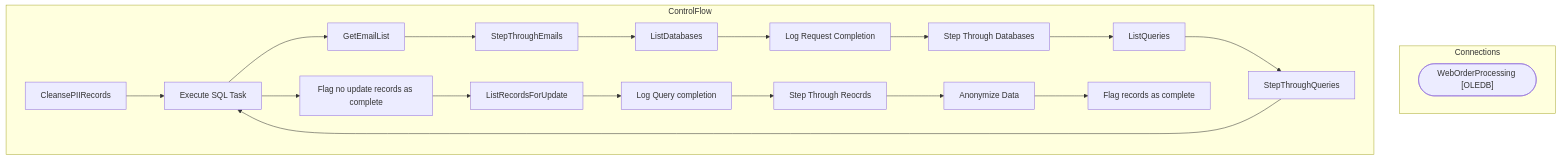
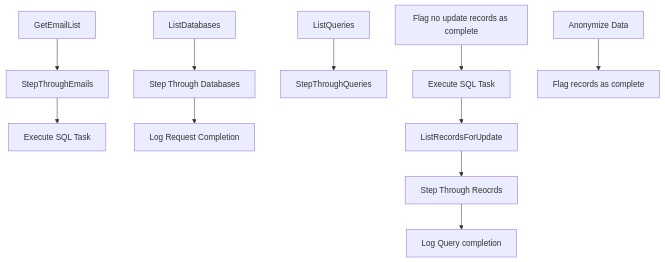
One commit to juanandresbrain/BABSkills changed the diagram in bab-docs-explorer/Documentation/STL-SSIS-P-01/SSIS/ForgetMe/RetrieveData.CleansePIIRecords.md. Above: the diagram before and after it, drawn with Mermaid. The commit also changed other lines of this file and 273 other files, not shown here.

````diff
--- a/bab-docs-explorer/Documentation/STL-SSIS-P-01/SSIS/ForgetMe/RetrieveData.CleansePIIRecords.md
+++ b/bab-docs-explorer/Documentation/STL-SSIS-P-01/SSIS/ForgetMe/RetrieveData.CleansePIIRecords.md
@@ -9,39 +56,28 @@
 ```mermaid
 flowchart TD
-    subgraph Connections
-        WebOrderProcessing_conn(["WebOrderProcessing [OLEDB]"])
-    end
-    subgraph ControlFlow
-        CleansePIIRecords_task["CleansePIIRecords"]
-        Execute_SQL_Task_task["Execute SQL Task"]
-        CleansePIIRecords_task --> Execute_SQL_Task_task
-        GetEmailList_task["GetEmailList"]
-        Execute_SQL_Task_task --> GetEmailList_task
-        StepThroughEmails_task["StepThroughEmails"]
-        GetEmailList_task --> StepThroughEmails_task
-        ListDatabases_task["ListDatabases"]
-        StepThroughEmails_task --> ListDatabases_task
-        Log_Request_Completion_task["Log Request Completion"]
-        ListDatabases_task --> Log_Request_Completion_task
-        Step_Through_Databases_task["Step Through Databases"]
-        Log_Request_Completion_task --> Step_Through_Databases_task
-        ListQueries_task["ListQueries"]
-        Step_Through_Databases_task --> ListQueries_task
-        StepThroughQueries_task["StepThroughQueries"]
-        ListQueries_task --> StepThroughQueries_task
-        Execute_SQL_Task_task["Execute SQL Task"]
-        StepThroughQueries_task --> Execute_SQL_Task_task
-        Flag_no_update_records_as_complete_task["Flag no update records as complete"]
-        Execute_SQL_Task_task --> Flag_no_update_records_as_complete_task
-        ListRecordsForUpdate_task["ListRecordsForUpdate"]
-        Flag_no_update_records_as_complete_task --> ListRecordsForUpdate_task
-        Log_Query_completion_task["Log Query completion"]
-        ListRecordsForUpdate_task --> Log_Query_completion_task
-        Step_Through_Reocrds_task["Step Through Reocrds"]
-        Log_Query_completion_task --> Step_Through_Reocrds_task
-        Anonymize_Data_task["Anonymize Data"]
-        Step_Through_Reocrds_task --> Anonymize_Data_task
-        Flag_records_as_complete_task["Flag records as complete"]
-        Anonymize_Data_task --> Flag_records_as_complete_task
-    end
+    n_Package_Execute_SQL_Task["Execute SQL Task"]
+    n_Package_GetEmailList["GetEmailList"]
+    n_Package_StepThroughEmails["StepThroughEmails"]
+    n_Package_StepThroughEmails_ListDatabases["ListDatabases"]
+    n_Package_StepThroughEmails_Log_Request_Completion["Log Request Completion"]
+    n_Package_StepThroughEmails_Step_Through_Databases["Step Through Databases"]
+    n_Package_StepThroughEmails_Step_Through_Databases_ListQueries["ListQueries"]
+    n_Package_StepThroughEmails_Step_Through_Databases_StepThroughQueries["StepThroughQueries"]
+    n_Package_StepThroughEmails_Step_Through_Databases_StepThroughQueries_Execute_SQL_Task["Execute SQL Task"]
+    n_Package_StepThroughEmails_Step_Through_Databases_StepThroughQueries_Flag_no_update_records_as_complete["Flag no update records as complete"]
+    n_Package_StepThroughEmails_Step_Through_Databases_StepThroughQueries_ListRecordsForUpdate["ListRecordsForUpdate"]
+    n_Package_StepThroughEmails_Step_Through_Databases_StepThroughQueries_Log_Query_completion["Log Query completion"]
+    n_Package_StepThroughEmails_Step_Through_Databases_StepThroughQueries_Step_Through_Reocrds["Step Through Reocrds"]
+    n_Package_StepThroughEmails_Step_Through_Databases_StepThroughQueries_Step_Through_Reocrds_Anonymize_Data["Anonymize Data"]
+    n_Package_StepThroughEmails_Step_Through_Databases_StepThroughQueries_Step_Through_Reocrds_Flag_records_as_complete["Flag records as complete"]
+    n_Package_StepThroughEmails_Step_Through_Databases_StepThroughQueries_Step_Through_Reocrds_Anonymize_Data --> n_Package_StepThroughEmails_Step_Through_Databases_StepThroughQueries_Step_Through_Reocrds_Flag_records_as_complete
+    n_Package_StepThroughEmails_Step_Through_Databases_StepThroughQueries_Flag_no_update_records_as_complete --> n_Package_StepThroughEmails_Step_Through_Databases_StepThroughQueries_Execute_SQL_Task
+    n_Package_StepThroughEmails_Step_Through_Databases_StepThroughQueries_Step_Through_Reocrds --> n_Package_StepThroughEmails_Step_Through_Databases_StepThroughQueries_Log_Query_completion
+    n_Package_StepThroughEmails_Step_Through_Databases_StepThroughQueries_ListRecordsForUpdate --> n_Package_StepThroughEmails_Step_Through_Databases_StepThroughQueries_Step_Through_Reocrds
+    n_Package_StepThroughEmails_Step_Through_Databases_StepThroughQueries_Execute_SQL_Task --> n_Package_StepThroughEmails_Step_Through_Databases_StepThroughQueries_ListRecordsForUpdate
+    n_Package_StepThroughEmails_Step_Through_Databases_ListQueries --> n_Package_StepThroughEmails_Step_Through_Databases_StepThroughQueries
+    n_Package_StepThroughEmails_ListDatabases --> n_Package_StepThroughEmails_Step_Through_Databases
+    n_Package_StepThroughEmails_Step_Through_Databases --> n_Package_StepThroughEmails_Log_Request_Completion
+    n_Package_StepThroughEmails --> n_Package_Execute_SQL_Task
+    n_Package_GetEmailList --> n_Package_StepThroughEmails
 ```
````
